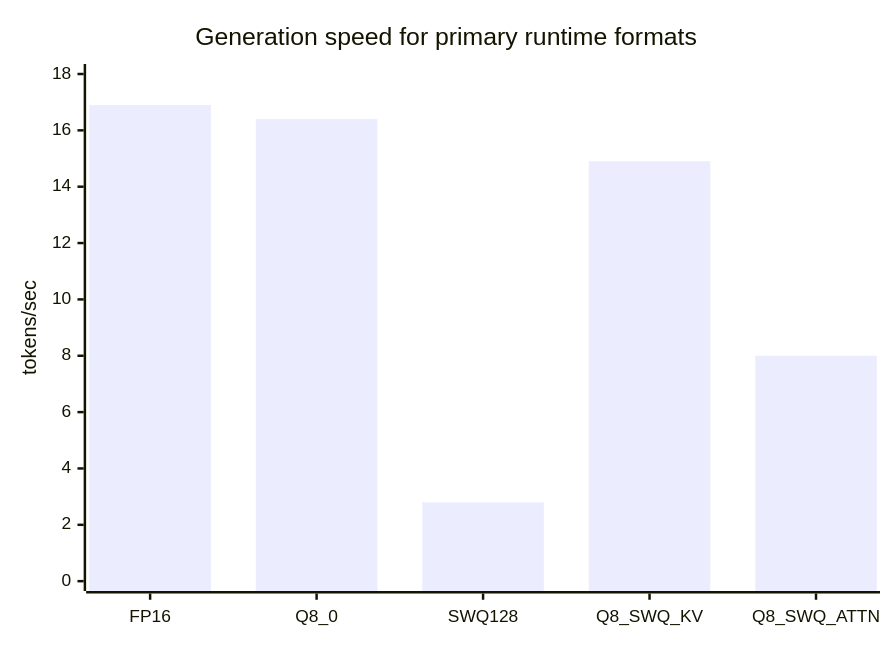
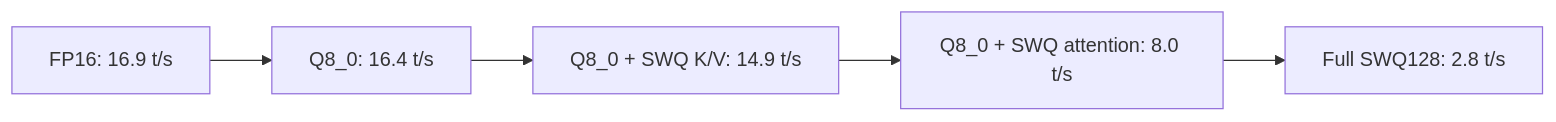
One commit to adsazad/swq-llama.cpp changed the first of 6 diagrams in docs/development/SWQ-RESEARCH-PAPER.md. Above: the diagram before and after it, drawn with Mermaid. The commit also changed other lines of this file and 1 other file, not shown here.

````diff
--- a/docs/development/SWQ-RESEARCH-PAPER.md
+++ b/docs/development/SWQ-RESEARCH-PAPER.md
@@ -328,7 +328,7 @@
 ```mermaid
-xychart-beta
-    title "Generation speed for primary runtime formats"
-    x-axis [FP16, Q8_0, SWQ128, Q8_SWQ_KV, Q8_SWQ_ATTN]
-    y-axis "tokens/sec" 0 --> 18
-    bar [16.9, 16.4, 2.8, 14.9, 8.0]
+flowchart LR
+    A["FP16: 16.9 t/s"] --> B["Q8_0: 16.4 t/s"]
+    B --> C["Q8_0 + SWQ K/V: 14.9 t/s"]
+    C --> D["Q8_0 + SWQ attention: 8.0 t/s"]
+    D --> E["Full SWQ128: 2.8 t/s"]
 ```
````
